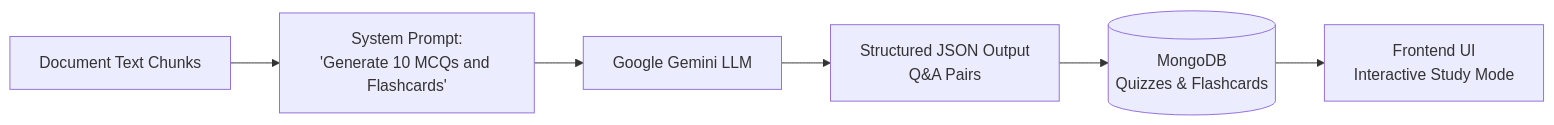
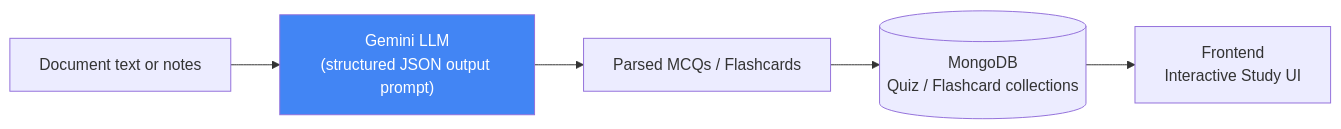
The fourth of 7 diagrams in README.md (m-rayan-hassan/CognivioAI), drawn with Mermaid before and after one commit. The commit also changed other lines of this file, not shown here.

````diff
--- a/README.md
+++ b/README.md
@@ -120,8 +225,9 @@
 ```mermaid
 flowchart LR
-    Doc[Document Text Chunks] --> Prompt[System Prompt:<br>'Generate 10 MCQs and Flashcards']
-    Prompt --> LLM[Google Gemini LLM]
-    LLM --> JSON[Structured JSON Output<br>Q&A Pairs]
-    JSON --> DB[(MongoDB<br>Quizzes & Flashcards)]
-    DB --> Client[Frontend UI<br>Interactive Study Mode]
+    A[Document text or notes] --> B["Gemini LLM<br/>(structured JSON output prompt)"]
+    B --> C["Parsed MCQs / Flashcards"]
+    C --> D[("MongoDB<br/>Quiz / Flashcard collections")]
+    D --> E["Frontend<br/>Interactive Study UI"]
+    
+    style B fill:#4285f4,color:#fff
 ```
````
